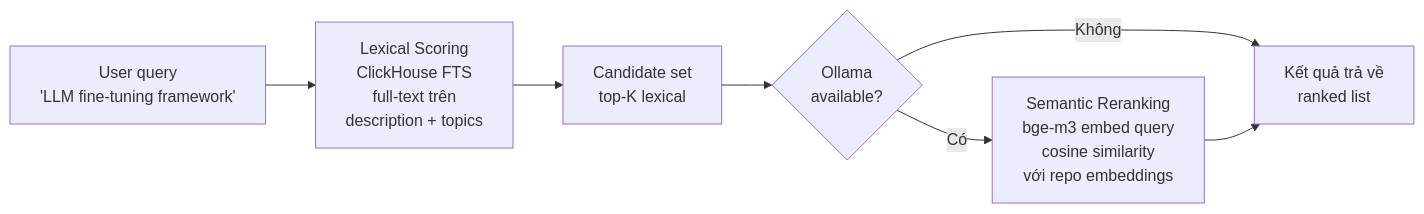
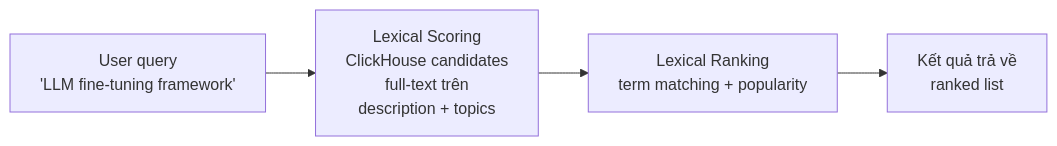
One commit to Himlamtech/Github-Analyzer changed the diagram in docs/mermaid/hybrid_search_pipeline.mmd. Above: the diagram before and after it, drawn with Mermaid. The commit also changed 41 other files, not shown here.

```diff
--- a/docs/mermaid/hybrid_search_pipeline.mmd
+++ b/docs/mermaid/hybrid_search_pipeline.mmd
@@ -1,14 +1,9 @@
 flowchart LR
     Q["User query<br/>'LLM fine-tuning framework'"]
-    LEX["Lexical Scoring<br/>ClickHouse FTS<br/>full-text trên<br/>description + topics"]
-    CAND["Candidate set<br/>top-K lexical"]
-    EMB{"Ollama<br/>available?"}
-    SEM["Semantic Reranking<br/>bge-m3 embed query<br/>cosine similarity<br/>với repo embeddings"]
+    LEX["Lexical Scoring<br/>ClickHouse candidates<br/>full-text trên<br/>description + topics"]
+    RANK["Lexical Ranking<br/>term matching + popularity"]
     RETURN["Kết quả trả về<br/>ranked list"]
 
     Q --> LEX
-    LEX --> CAND
-    CAND --> EMB
-    EMB -->|"Có"| SEM
-    EMB -->|"Không"| RETURN
-    SEM --> RETURN
+    LEX --> RANK
+    RANK --> RETURN
```
